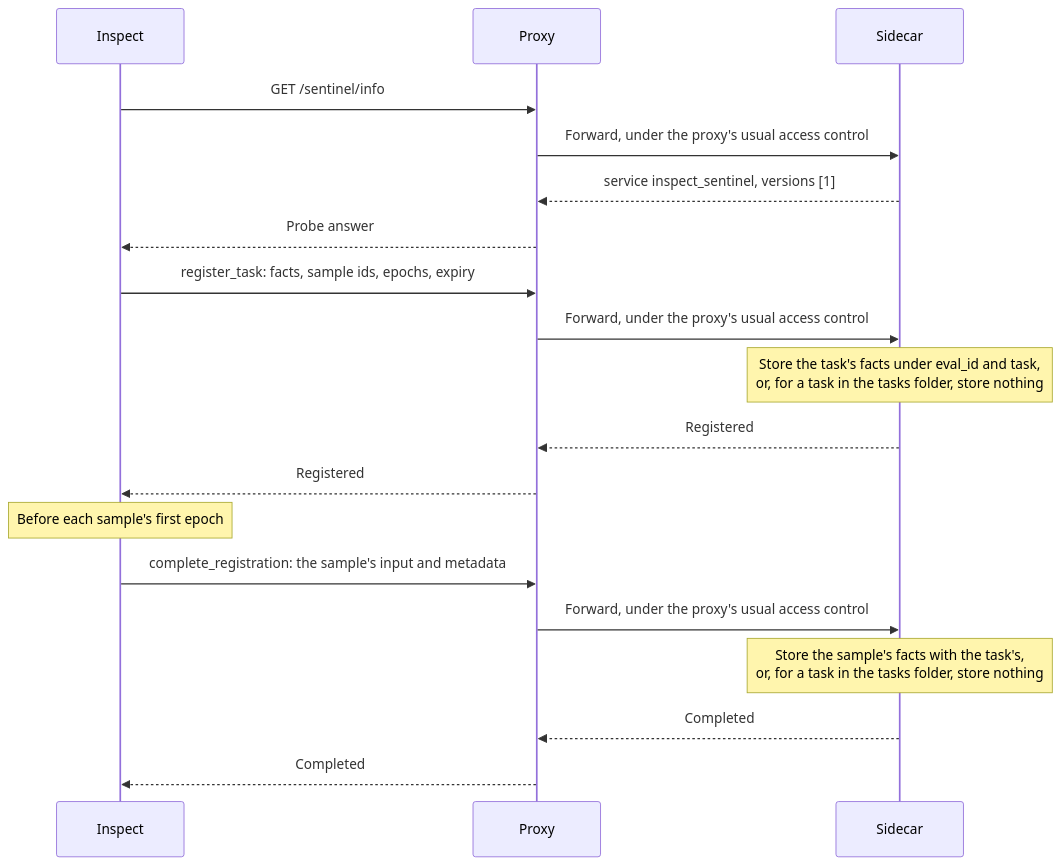
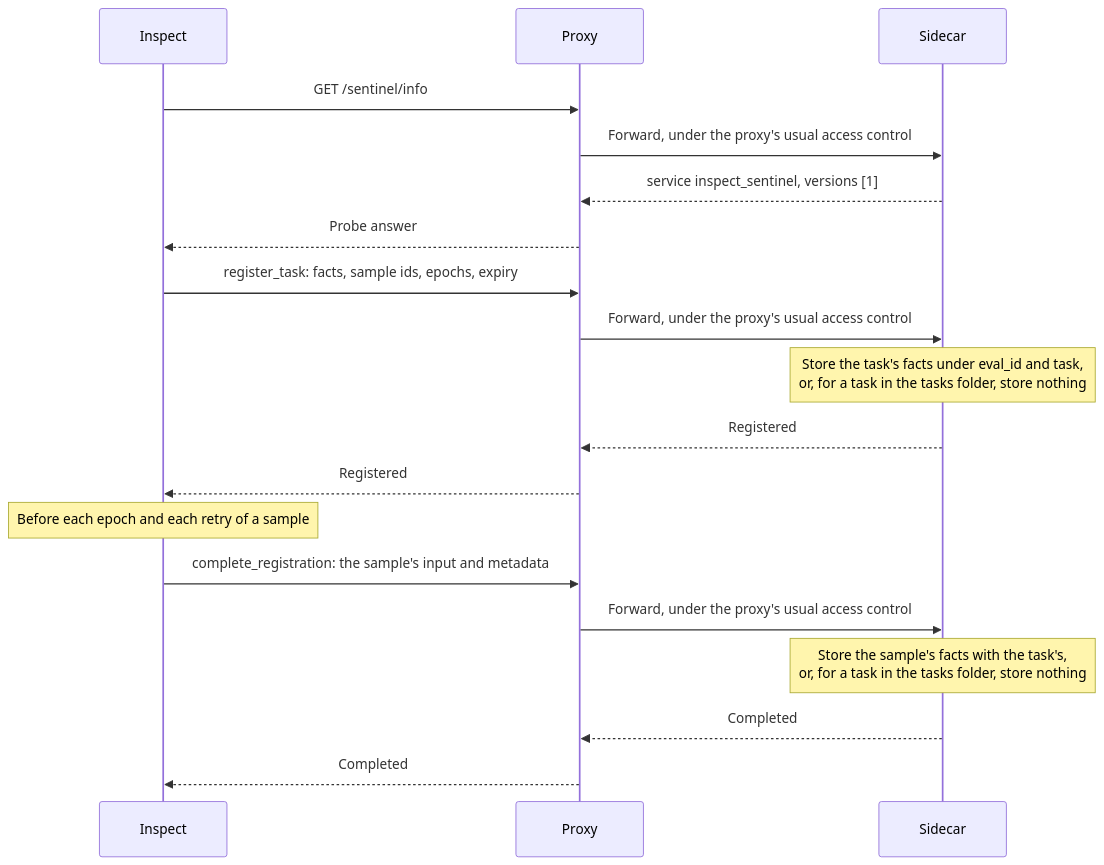
One commit to meridianlabs-ai/inspect_sentinel changed the second of 10 diagrams in design/sidecar.md. Above: the diagram before and after it, drawn with Mermaid. The commit also changed other lines of this file and 1 other file, not shown here.

First line of the commit message:
docs(design): complete a sample's registration for each epoch and retry

````diff
--- a/design/sidecar.md
+++ b/design/sidecar.md
@@ -653,21 +653,21 @@
 ```mermaid
 sequenceDiagram
     participant I as Inspect
     participant P as Proxy
     participant S as Sidecar
     I->>P: GET /sentinel/info
     P->>S: Forward, under the proxy's usual access control
     S-->>P: service inspect_sentinel, versions [1]
     P-->>I: Probe answer
     I->>P: register_task: facts, sample ids, epochs, expiry
     P->>S: Forward, under the proxy's usual access control
     Note over S: Store the task's facts under eval_id and task,<br/>or, for a task in the tasks folder, store nothing
     S-->>P: Registered
     P-->>I: Registered
-    Note over I: Before each sample's first epoch
+    Note over I: Before each epoch and each retry of a sample
     I->>P: complete_registration: the sample's input and metadata
     P->>S: Forward, under the proxy's usual access control
     Note over S: Store the sample's facts with the task's,<br/>or, for a task in the tasks folder, store nothing
     S-->>P: Completed
     P-->>I: Completed
 ```
````
